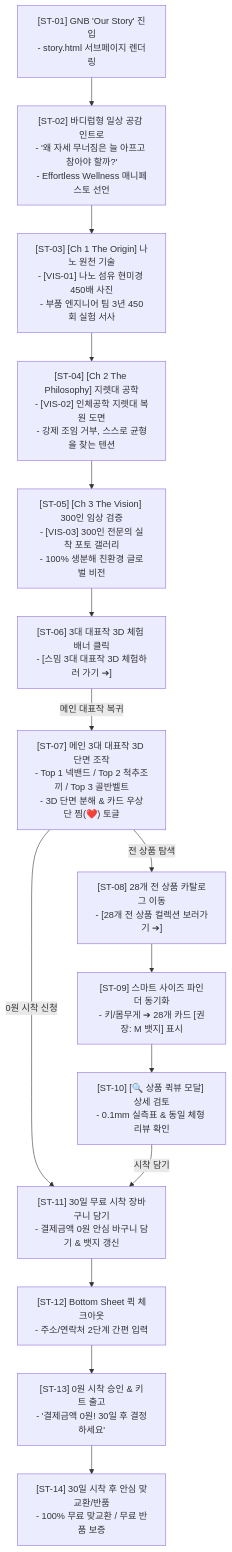
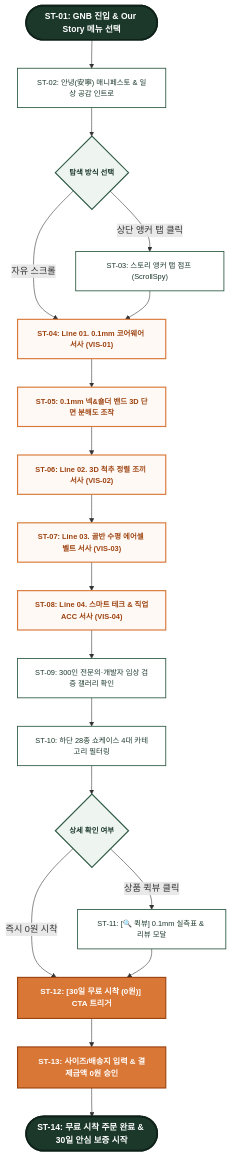
Before and after one commit to dladusdn4562-bot/wireframe: the diagram in 가상클라이언트 설계 결과/설계 출력물/서비스 흐름도/서비스_흐름도_91.mmd, drawn with Mermaid. The commit also changed 34 other files, not shown here.

```diff
--- a/가상클라이언트 설계 결과/설계 출력물/서비스 흐름도/서비스_흐름도_91.mmd
+++ b/가상클라이언트 설계 결과/설계 출력물/서비스 흐름도/서비스_흐름도_91.mmd
@@ -1,37 +1,31 @@
 graph TD
-    %% [SEUMIM 서비스 흐름도 - 바디럽 브랜드소개 전용 롤모델]
-    ST01["[ST-01] GNB 'Our Story' 진입\n- story.html 서브페이지 렌더링"]
+    %% [SEUMIM Service Flow - Bodyluv Product Story Hybrid Model]
+    classDef startEnd fill:#1b382b,stroke:#0f2219,stroke-width:3px,color:#ffffff,font-weight:bold,font-size:15px;
+    classDef step fill:#ffffff,stroke:#2d5a43,stroke-width:1.5px,color:#1b382b,font-size:13px;
+    classDef storyStep fill:#fff9f5,stroke:#d97736,stroke-width:2px,color:#9c4310,font-weight:bold,font-size:13px;
+    classDef decision fill:#eef4f0,stroke:#2d5a43,stroke-width:2px,color:#1b382b,font-weight:bold,font-size:13px;
+    classDef cta fill:#d97736,stroke:#9c4310,stroke-width:2px,color:#ffffff,font-weight:bold,font-size:14px;
 
-    ST02["[ST-02] 바디럽형 일상 공감 인트로\n- '왜 자세 무너짐은 늘 아프고 참아야 할까?'\n- Effortless Wellness 매니페스토 선언"]
+    START(["ST-01: GNB 진입 & Our Story 메뉴 선택"]):::startEnd
+    START --> ST02["ST-02: 안녕(安寧) 매니페스토 & 일상 공감 인트로"]:::step
 
-    ST03["[ST-03] [Ch 1 The Origin] 나노 원천 기술\n- [VIS-01] 나노 섬유 현미경 450배 사진\n- 부품 엔지니어 팀 3년 450회 실험 서사"]
+    ST02 --> DEC1{"탐색 방식 선택"}:::decision
+    DEC1 -- "상단 앵커 탭 클릭" --> ST03["ST-03: 스토리 앵커 탭 점프 (ScrollSpy)"]:::step
+    DEC1 -- "자유 스크롤" --> ST04["ST-04: Line 01. 0.1mm 코어웨어 서사 (VIS-01)"]:::storyStep
+    ST03 --> ST04
 
-    ST04["[ST-04] [Ch 2 The Philosophy] 지렛대 공학\n- [VIS-02] 인체공학 지렛대 복원 도면\n- 강제 조임 거부, 스스로 균형을 찾는 텐션"]
+    ST04 --> ST05["ST-05: 0.1mm 넥&숄더 밴드 3D 단면 분해도 조작"]:::storyStep
+    ST05 --> ST06["ST-06: Line 02. 3D 척추 정렬 조끼 서사 (VIS-02)"]:::storyStep
+    ST06 --> ST07["ST-07: Line 03. 골반 수평 에어셀 벨트 서사 (VIS-03)"]:::storyStep
+    ST07 --> ST08["ST-08: Line 04. 스마트 테크 & 직업ACC 서사 (VIS-04)"]:::storyStep
 
-    ST05["[ST-05] [Ch 3 The Vision] 300인 임상 검증\n- [VIS-03] 300인 전문의 실착 포토 갤러리\n- 100% 생분해 친환경 글로벌 비전"]
+    ST08 --> ST09["ST-09: 300인 전문의·개발자 임상 검증 갤러리 확인"]:::step
+    ST09 --> ST10["ST-10: 하단 28종 쇼케이스 4대 카테고리 필터링"]:::step
 
-    ST06["[ST-06] 3대 대표작 3D 체험 배너 클릭\n- [스밈 3대 대표작 3D 체험하러 가기 ➔]"]
+    ST10 --> DEC2{"상세 확인 여부"}:::decision
+    DEC2 -- "상품 퀵뷰 클릭" --> ST11["ST-11: [🔍 퀵뷰] 0.1mm 실측표 & 리뷰 모달"]:::step
+    DEC2 -- "즉시 0원 시착" --> ST12["ST-12: [30일 무료 시착 (0원)] CTA 트리거"]:::cta
+    ST11 --> ST12
 
-    ST07["[ST-07] 메인 3대 대표작 3D 단면 조작\n- Top 1 넥밴드 / Top 2 척추조끼 / Top 3 골반벨트\n- 3D 단면 분해 & 카드 우상단 찜(❤️) 토글"]
-
-    ST08["[ST-08] 28개 전 상품 카탈로그 이동\n- [28개 전 상품 컬렉션 보러가기 ➔]"]
-
-    ST09["[ST-09] 스마트 사이즈 파인더 동기화\n- 키/몸무게 ➔ 28개 카드 [권장: M 뱃지] 표시"]
-
-    ST10["[ST-10] [🔍 상품 퀵뷰 모달] 상세 검토\n- 0.1mm 실측표 & 동일 체형 리뷰 확인"]
-
-    ST11["[ST-11] 30일 무료 시착 장바구니 담기\n- 결제금액 0원 안심 바구니 담기 & 뱃지 갱신"]
-
-    ST12["[ST-12] Bottom Sheet 퀵 체크아웃\n- 주소/연락처 2단계 간편 입력"]
-
-    ST13["[ST-13] 0원 시착 승인 & 키트 출고\n- '결제금액 0원! 30일 후 결정하세요'"]
-
-    ST14["[ST-14] 30일 시착 후 안심 맞교환/반품\n- 100% 무료 맞교환 / 무료 반품 보증"]
-
-    %% 플로우 연결
-    ST01 --> ST02 --> ST03 --> ST04 --> ST05 --> ST06
-    ST06 -->|메인 대표작 복귀| ST07
-    ST07 -->|0원 시착 신청| ST11
-    ST07 -->|전 상품 탐색| ST08
-    ST08 --> ST09 --> ST10 -->|시착 담기| ST11
-    ST11 --> ST12 --> ST13 --> ST14
+    ST12 --> ST13["ST-13: 사이즈/배송지 입력 & 결제금액 0원 승인"]:::cta
+    ST13 --> ST14(["ST-14: 무료 시착 주문 완료 & 30일 안심 보증 시작"]):::startEnd
```
